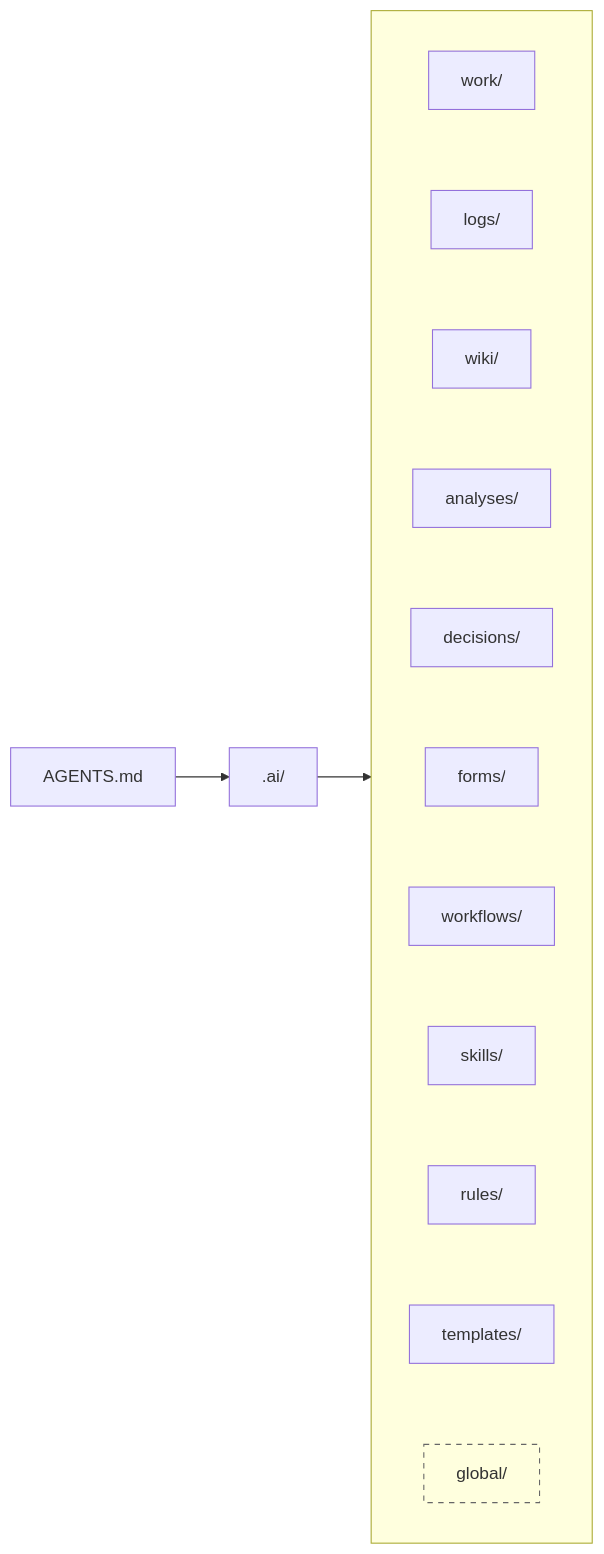
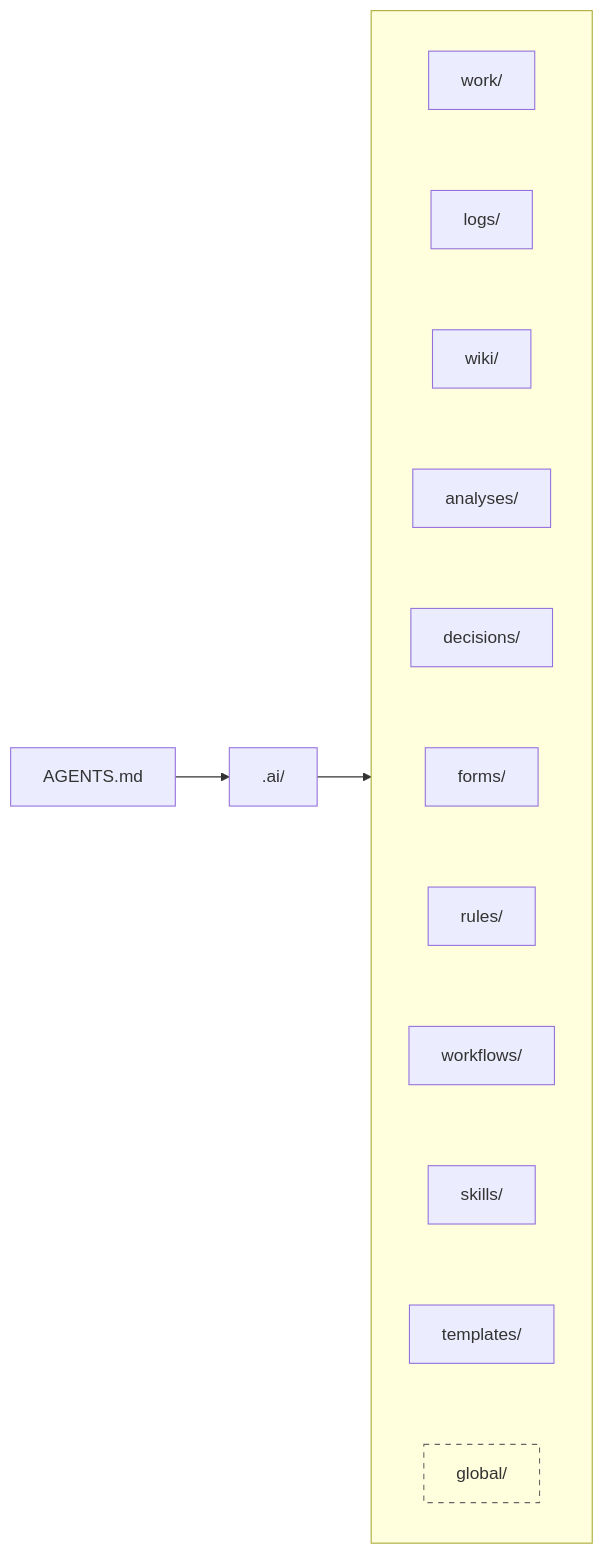
Before and after one commit to marcosrdac/gamk: the first of 3 diagrams in README.md, drawn with Mermaid. The commit also changed other lines of this file and 7 other files, not shown here.

````diff
--- a/README.md
+++ b/README.md
@@ -22,23 +22,23 @@
 ```mermaid
 flowchart LR
     A["AGENTS.md"] --> M[".ai/"] --> MEMORY
 
     subgraph MEMORY[" "]
         direction TB
         W["work/"]
         L["logs/"]
         K["wiki/"]
         I["analyses/"]
         D["decisions/"]
         F["forms/"]
+        R["rules/"]
         P["workflows/"]
         S["skills/"]
-        R["rules/"]
         T["templates/"]
         G["global/"]
 
-        W ~~~ L ~~~ K ~~~ I ~~~ D ~~~ F ~~~ P ~~~ S ~~~ R ~~~ T ~~~ G
+        W ~~~ L ~~~ K ~~~ I ~~~ D ~~~ F ~~~ R ~~~ P ~~~ S ~~~ T ~~~ G
     end
 
     style G fill:transparent,stroke:#666,stroke-dasharray: 5 5
 ```
````
